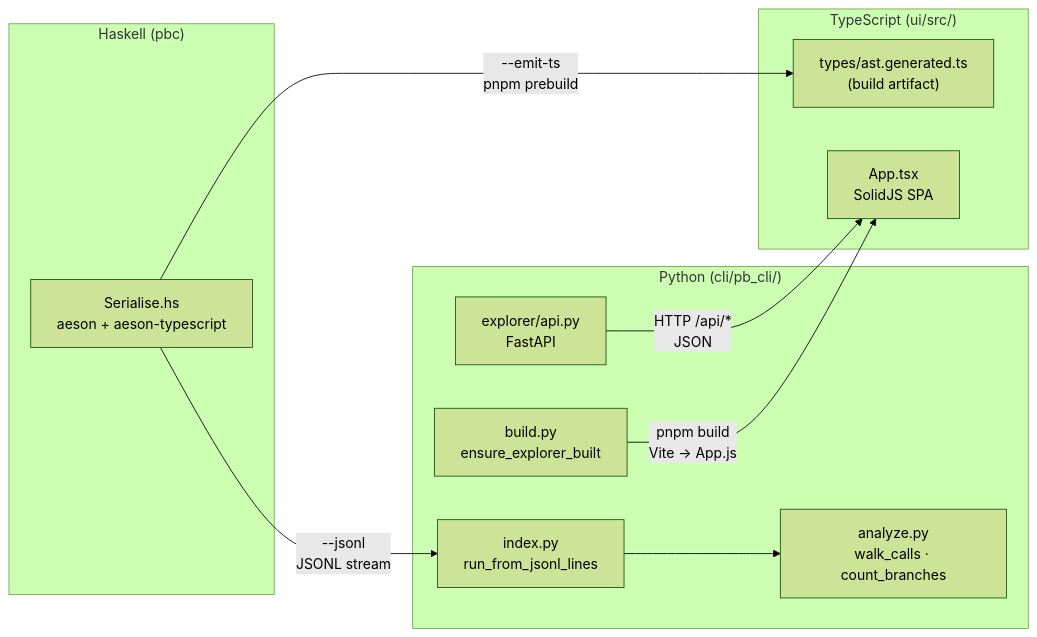
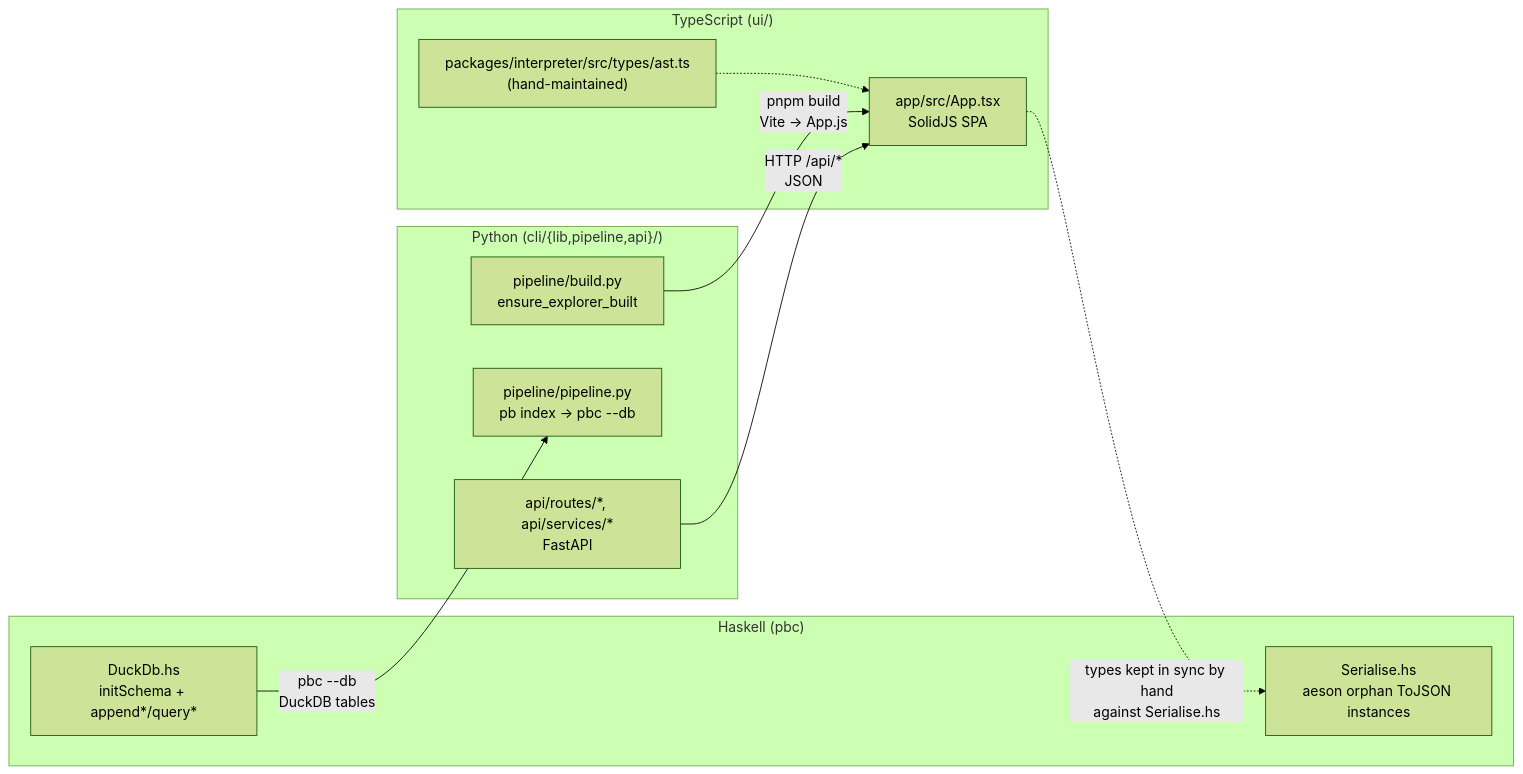
The second of 2 diagrams in doc/architecture.md (thomasmarsh/pb), drawn with Mermaid (forest theme) before and after one commit. The commit also changed other lines of this file and 2 other files, not shown here.

First line of the commit message:
docs(architecture): sync architecture*.md with current repo layout

````diff
--- a/doc/architecture.md
+++ b/doc/architecture.md
@@ -229,22 +104,22 @@
 ```mermaid
 flowchart LR
     subgraph Haskell["Haskell (pbc)"]
-        HS_SER["Serialise.hs\naeson + aeson-typescript"]
+        HS_SER["Serialise.hs\naeson orphan ToJSON instances"]
+        HS_DB["DuckDb.hs\ninitSchema + append*/query*"]
     end
-    subgraph Python["Python (cli/pb_cli/)"]
-        PY_BUILD["build.py\nensure_explorer_built"]
-        PY_IDX["index.py\nrun_from_jsonl_lines"]
-        PY_ANA["analyze.py\nwalk_calls · count_branches"]
-        PY_API["explorer/api.py\nFastAPI"]
+    subgraph Python["Python (cli/{lib,pipeline,api}/)"]
+        PY_BUILD["pipeline/build.py\nensure_explorer_built"]
+        PY_RUN["pipeline/pipeline.py\npb index → pbc --db"]
+        PY_API["api/routes/*, api/services/*\nFastAPI"]
     end
-    subgraph TS["TypeScript (ui/src/)"]
-        TS_TYPES["types/ast.generated.ts\n(build artifact)"]
-        TS_APP["App.tsx\nSolidJS SPA"]
+    subgraph TS["TypeScript (ui/)"]
+        TS_TYPES["packages/interpreter/src/types/ast.ts\n(hand-maintained)"]
+        TS_APP["app/src/App.tsx\nSolidJS SPA"]
     end
 
-    HS_SER -->|"--emit-ts\npnpm prebuild"| TS_TYPES
-    HS_SER -->|"--jsonl\nJSONL stream"| PY_IDX
+    HS_DB -->|"pbc --db\nDuckDB tables"| PY_RUN
     PY_BUILD -->|"pnpm build\nVite → App.js"| TS_APP
-    PY_IDX --> PY_ANA
     PY_API -->|"HTTP /api/*\nJSON"| TS_APP
+    TS_APP -.->|"types kept in sync by hand\nagainst Serialise.hs"| HS_SER
+    TS_TYPES -.-> TS_APP
 ```
````
